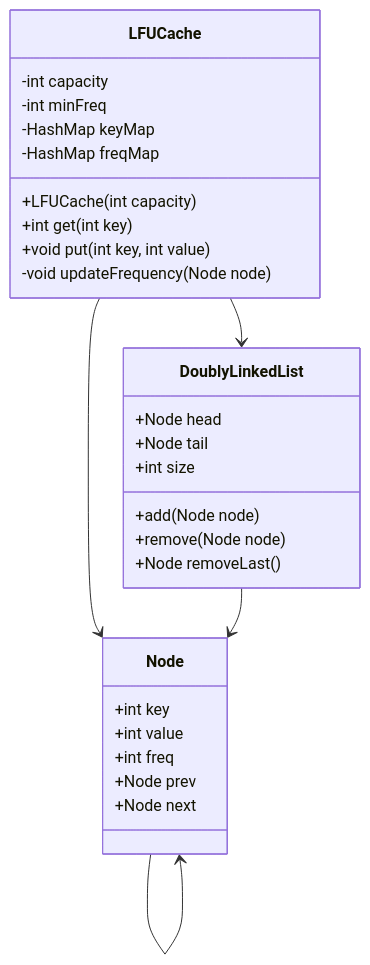
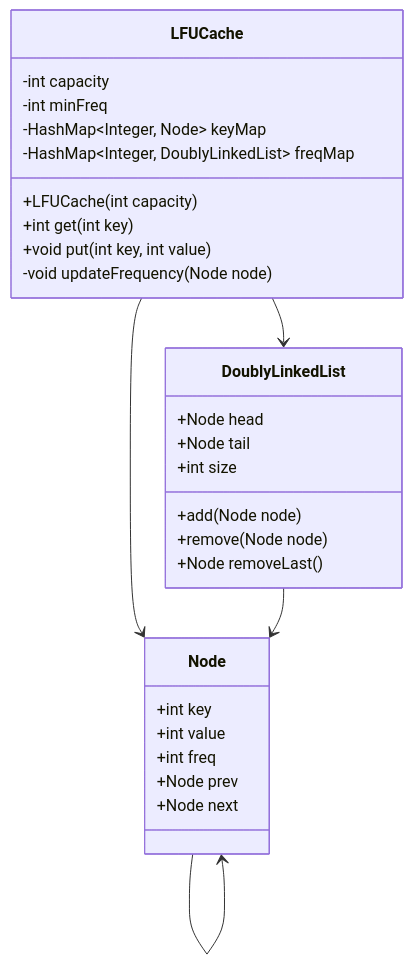
The diagram in 01-lru-cache/02-lfu-cache/README.md (Ammar1Ahmad/software-design-engineering-playbook), drawn with Mermaid before and after one commit. The commit also changed other lines of this file, not shown here.

````diff
--- a/01-lru-cache/02-lfu-cache/README.md
+++ b/01-lru-cache/02-lfu-cache/README.md
@@ -1358,38 +397,36 @@
 ```mermaid
 classDiagram
 
 class LFUCache {
     -int capacity
     -int minFreq
-    -HashMap keyMap
-    -HashMap freqMap
-
+    -HashMap~Integer, Node~ keyMap
+    -HashMap~Integer, DoublyLinkedList~ freqMap
     +LFUCache(int capacity)
     +int get(int key)
     +void put(int key, int value)
     -void updateFrequency(Node node)
 }
 
 class Node {
     +int key
     +int value
     +int freq
     +Node prev
     +Node next
 }
 
 class DoublyLinkedList {
     +Node head
     +Node tail
     +int size
-
     +add(Node node)
     +remove(Node node)
     +Node removeLast()
 }
 
 LFUCache --> Node
 LFUCache --> DoublyLinkedList
 DoublyLinkedList --> Node
 Node --> Node
 ```
````
